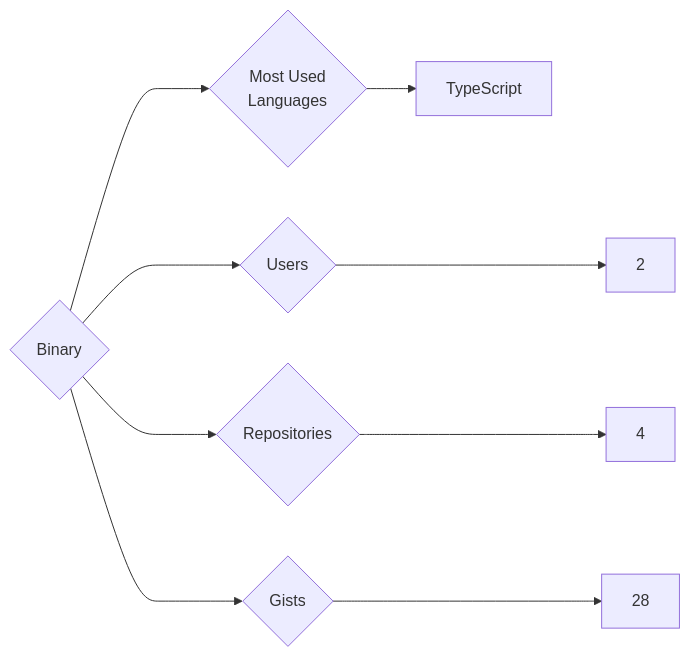
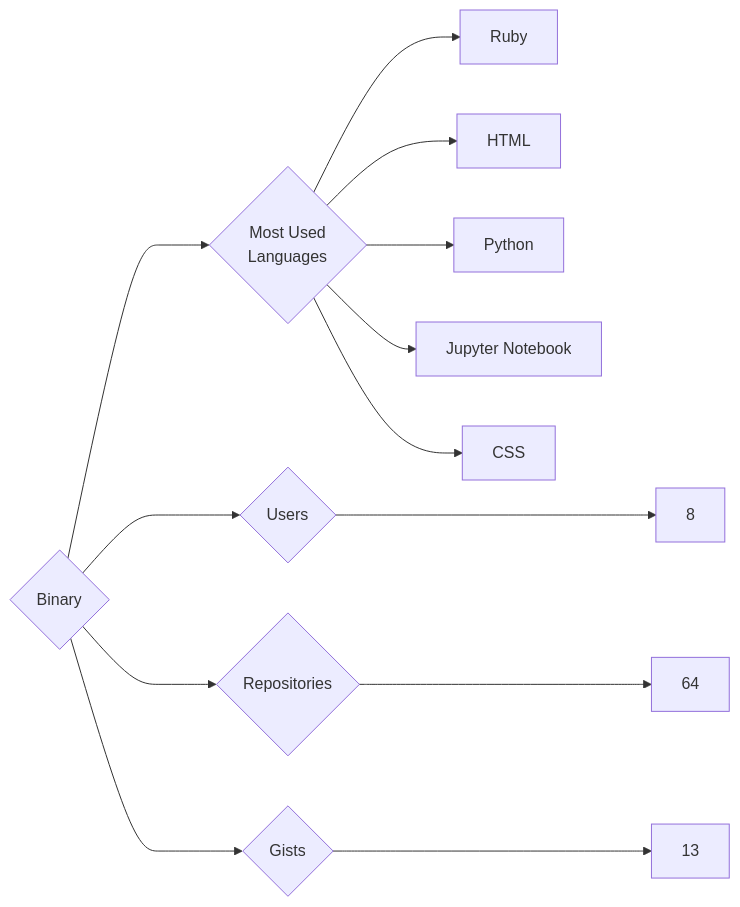
One commit to trickest/insiders changed the diagram in targets/Binary/README.md. Above: the diagram before and after it, drawn with Mermaid. The commit also changed 1089 other files, not shown here.

````diff
--- a/targets/Binary/README.md
+++ b/targets/Binary/README.md
@@ -3,9 +3,13 @@
 ```mermaid
 graph LR
 COMPANY_NAME{Binary}
-COMPANY_NAME ---> U{Users} ---> UN[2]
-COMPANY_NAME ---> R{Repositories} ---> RN[4]
-COMPANY_NAME ---> G{Gists} ---> GN[28]
+COMPANY_NAME ---> U{Users} ---> UN[8]
+COMPANY_NAME ---> R{Repositories} ---> RN[64]
+COMPANY_NAME ---> G{Gists} ---> GN[13]
 COMPANY_NAME ---> ML{Most Used<br>Languages}
-ML --> TypeScript[TypeScript]
+ML --> Ruby[Ruby]
+ML --> HTML[HTML]
+ML --> Python[Python]
+ML --> Jupyter_Notebook[Jupyter Notebook]
+ML --> CSS[CSS]
 ```
````
